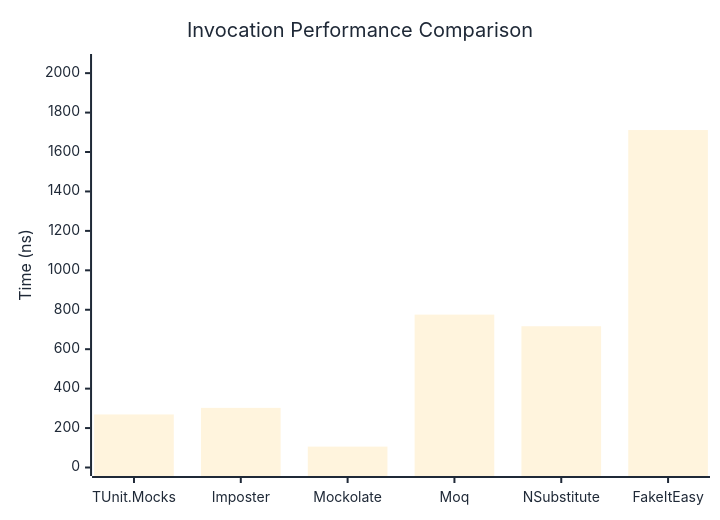
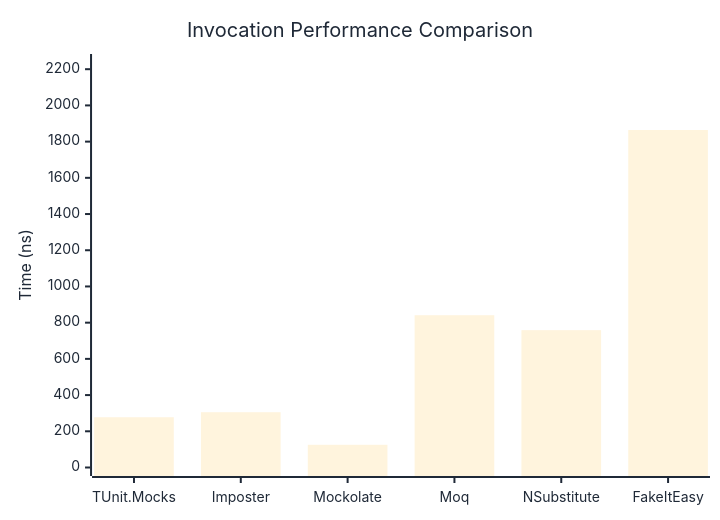
One commit to thomhurst/TUnit changed the first of 3 diagrams in docs/docs/benchmarks/mocks/Invocation.md. Above: the diagram before and after it, drawn with Mermaid. The commit also changed other lines of this file and 14 other files, not shown here.

````diff
--- a/docs/docs/benchmarks/mocks/Invocation.md
+++ b/docs/docs/benchmarks/mocks/Invocation.md
@@ -30,27 +30,27 @@
 ```mermaid
 %%{init: {
   'theme':'base',
   'themeVariables': {
     'primaryColor': '#2563eb',
     'primaryTextColor': '#1f2937',
     'primaryBorderColor': '#1e40af',
     'lineColor': '#6b7280',
     'secondaryColor': '#7c3aed',
     'tertiaryColor': '#dc2626',
     'background': '#ffffff',
     'pie1': '#2563eb',
     'pie2': '#7c3aed',
     'pie3': '#dc2626',
     'pie4': '#f59e0b',
     'pie5': '#10b981',
     'pie6': '#06b6d4',
     'pie7': '#ec4899',
     'pie8': '#6366f1'
   }
 }}%%
 xychart-beta
   title "Invocation Performance Comparison"
   x-axis ["TUnit.Mocks", "Imposter", "Mockolate", "Moq", "NSubstitute", "FakeItEasy"]
-  y-axis "Time (ns)" 0 --> 2054
-  bar [269.03, 302.37, 105.95, 775.37, 716.38, 1711.45]
+  y-axis "Time (ns)" 0 --> 2237
+  bar [277.6, 305.4, 125.4, 841.1, 758.6, 1864.1]
 ```
````
